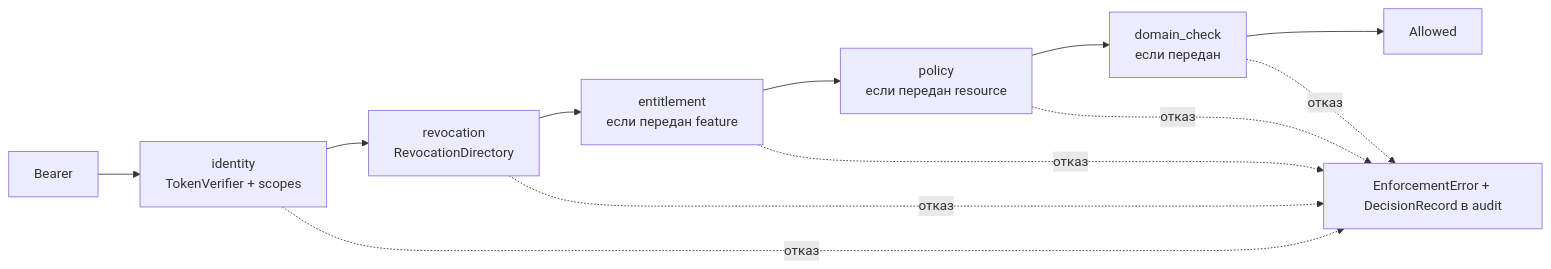
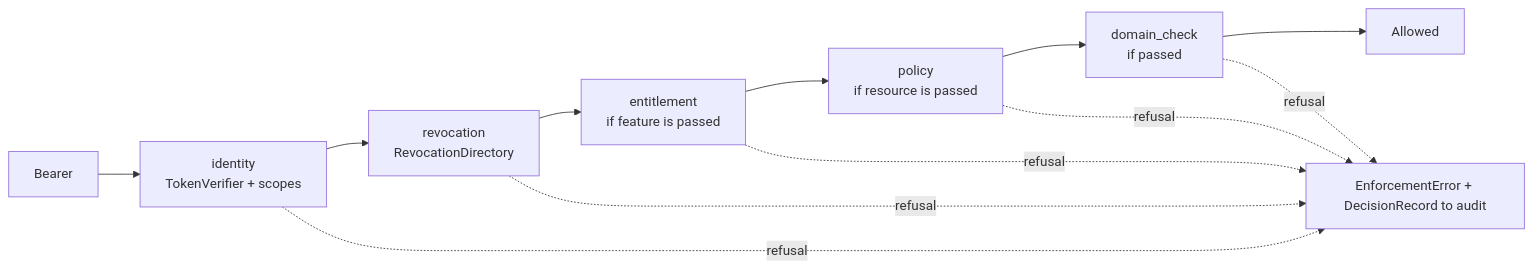
The diagram in guide/docs/sdk/platform-auth-sdk.md (monthu56/taimen), drawn with Mermaid before and after one commit. The commit also changed other lines of this file and 183 other files, not shown here.

````diff
--- a/guide/docs/sdk/platform-auth-sdk.md
+++ b/guide/docs/sdk/platform-auth-sdk.md
@@ -34,14 +33,14 @@
 ```mermaid
 flowchart LR
     T[Bearer] --> I["identity<br/>TokenVerifier + scopes"]
     I --> R["revocation<br/>RevocationDirectory"]
-    R --> E["entitlement<br/>если передан feature"]
-    E --> P["policy<br/>если передан resource"]
-    P --> D["domain_check<br/>если передан"]
+    R --> E["entitlement<br/>if feature is passed"]
+    E --> P["policy<br/>if resource is passed"]
+    P --> D["domain_check<br/>if passed"]
     D --> A[Allowed]
-    I -. отказ .-> X[EnforcementError + DecisionRecord в audit]
-    R -. отказ .-> X
-    E -. отказ .-> X
-    P -. отказ .-> X
-    D -. отказ .-> X
+    I -. refusal .-> X[EnforcementError + DecisionRecord to audit]
+    R -. refusal .-> X
+    E -. refusal .-> X
+    P -. refusal .-> X
+    D -. refusal .-> X
 ```
````
